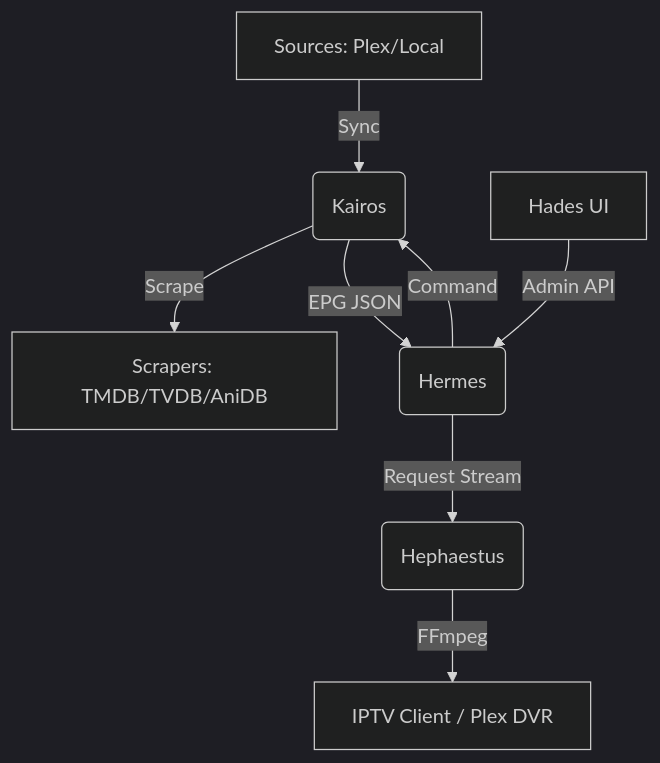
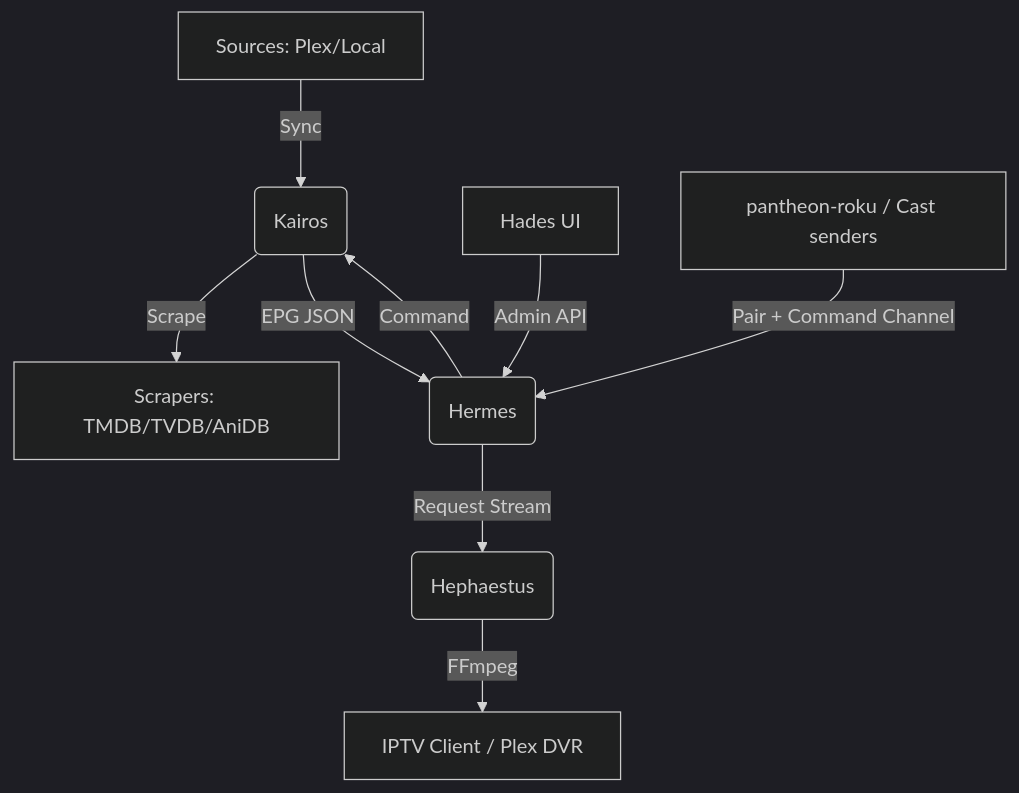
The diagram in docs/ARCHITECTURE.md (X64Tyko/Pantheon), drawn with Mermaid (dark theme) before and after one commit. The commit also changed other lines of this file and 12 other files, not shown here.

````diff
--- a/docs/ARCHITECTURE.md
+++ b/docs/ARCHITECTURE.md
@@ -55,10 +65,11 @@
 ```mermaid
 graph TD
     A[Sources: Plex/Local] -->|Sync| B(Kairos)
     B -->|Scrape| C[Scrapers: TMDB/TVDB/AniDB]
     B -->|EPG JSON| D(Hermes)
     D -->|Request Stream| E(Hephaestus)
     E -->|FFmpeg| F[IPTV Client / Plex DVR]
     G[Hades UI] -->|Admin API| D
+    H[pantheon-roku / Cast senders] -->|Pair + Command Channel| D
     D -->|Command| B
 ```
````
